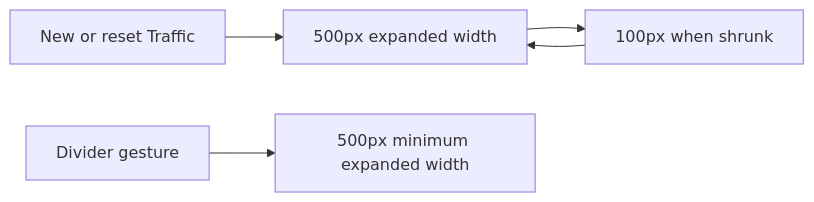
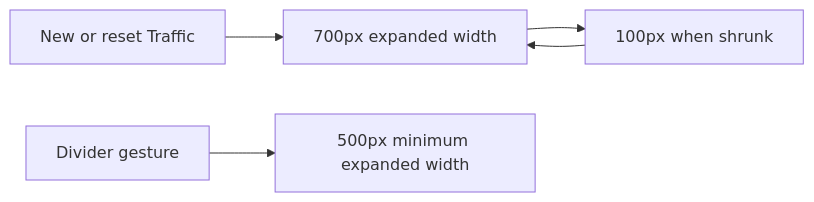
The diagram in docs/plans/29-traffic-default-width.md (mohammadtmohsen/chorus-workbench), drawn with Mermaid before and after one commit. The commit also changed other lines of this file and 183 other files, not shown here.

First line of the commit message:
feat(workbench): forwarded-work monitoring, live tracking, notes, mermaid, session recovery and traffic updates

````diff
--- a/docs/plans/29-traffic-default-width.md
+++ b/docs/plans/29-traffic-default-width.md
@@ -33,7 +33,7 @@
 ```mermaid
 flowchart LR
-    Default[New or reset Traffic] --> Width[500px expanded width]
+    Default[New or reset Traffic] --> Width[700px expanded width]
     Width --> Shrink[100px when shrunk]
     Shrink --> Width
     Resize[Divider gesture] --> Floor[500px minimum expanded width]
 ```
````
